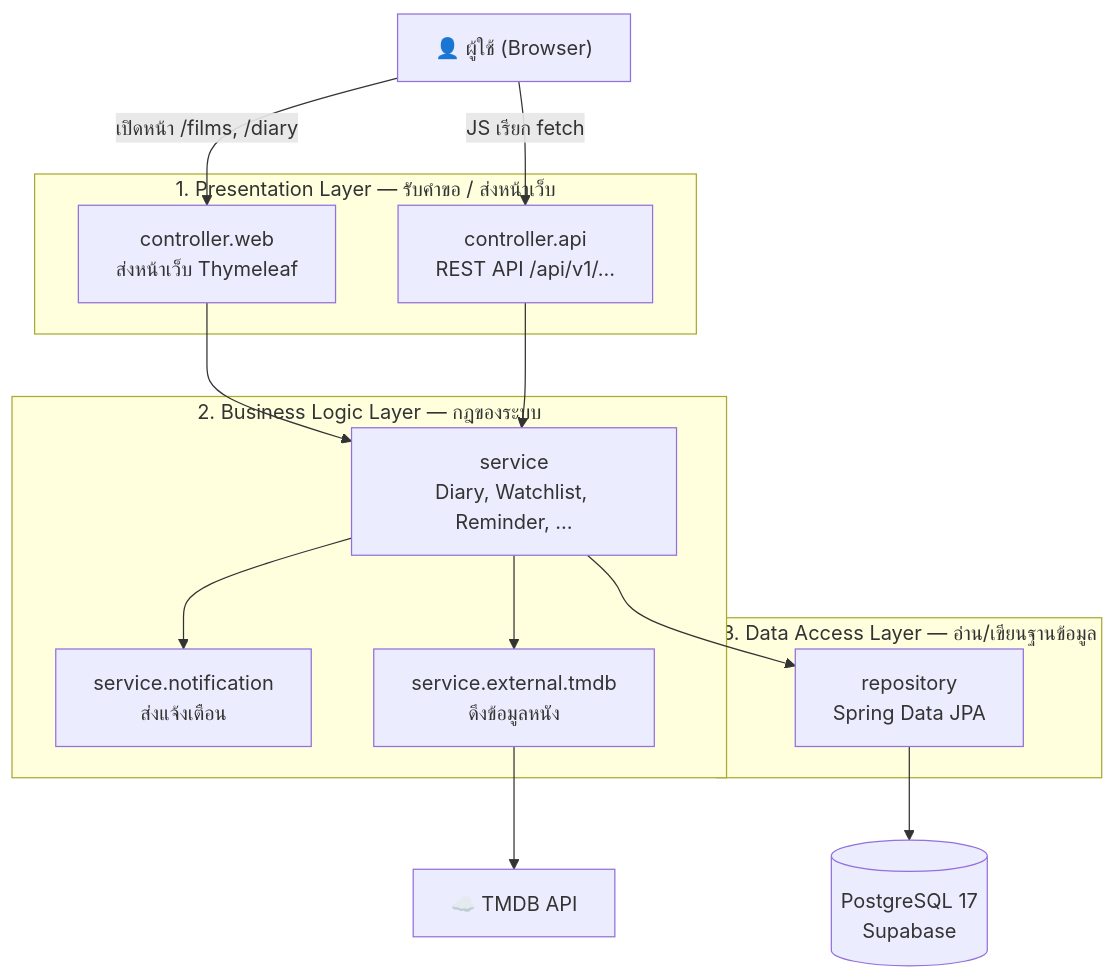
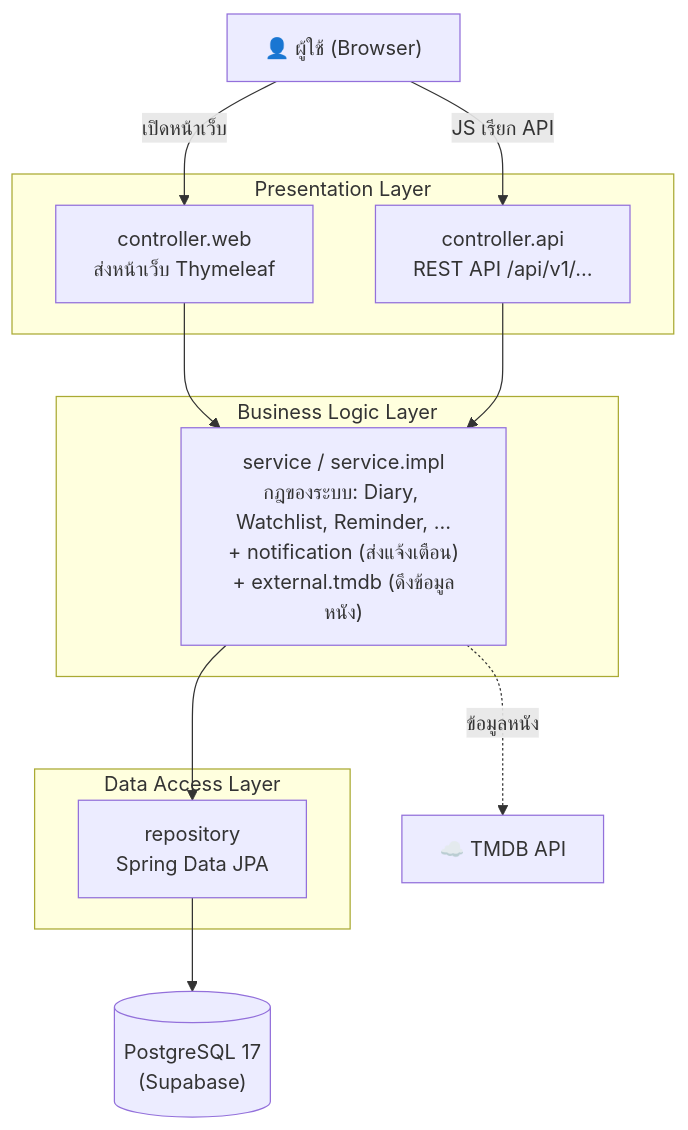
Before and after one commit to pawarisa-13/Cinema_Log_Release_Radar: the diagram in README.md, drawn with Mermaid. The commit also changed other lines of this file and 2 other files, not shown here.

````diff
--- a/README.md
+++ b/README.md
@@ -32,32 +32,28 @@
 ```mermaid
 flowchart TD
     U["👤 ผู้ใช้ (Browser)"]
 
-    subgraph P["1. Presentation Layer — รับคำขอ / ส่งหน้าเว็บ"]
+    subgraph P["Presentation Layer"]
         WEB["controller.web<br/>ส่งหน้าเว็บ Thymeleaf"]
         API["controller.api<br/>REST API /api/v1/…"]
     end
 
-    subgraph B["2. Business Logic Layer — กฎของระบบ"]
-        SVC["service<br/>Diary, Watchlist, Reminder, …"]
-        NOTI["service.notification<br/>ส่งแจ้งเตือน"]
-        EXT["service.external.tmdb<br/>ดึงข้อมูลหนัง"]
+    subgraph B["Business Logic Layer"]
+        SVC["service / service.impl<br/>กฎของระบบ: Diary, Watchlist, Reminder, …<br/>+ notification (ส่งแจ้งเตือน)<br/>+ external.tmdb (ดึงข้อมูลหนัง)"]
     end
 
-    subgraph D["3. Data Access Layer — อ่าน/เขียนฐานข้อมูล"]
+    subgraph D["Data Access Layer"]
         REPO["repository<br/>Spring Data JPA"]
     end
 
-    DB[("PostgreSQL 17<br/>Supabase")]
+    DB[("PostgreSQL 17<br/>(Supabase)")]
     TMDB["☁️ TMDB API"]
 
-    U -->|"เปิดหน้า /films, /diary"| WEB
-    U -->|"JS เรียก fetch"| API
+    U -->|"เปิดหน้าเว็บ"| WEB
+    U -->|"JS เรียก API"| API
     WEB --> SVC
     API --> SVC
-    SVC --> NOTI
-    SVC --> EXT
-    EXT --> TMDB
     SVC --> REPO
+    SVC -.->|"ข้อมูลหนัง"| TMDB
     REPO --> DB
 ```
````
